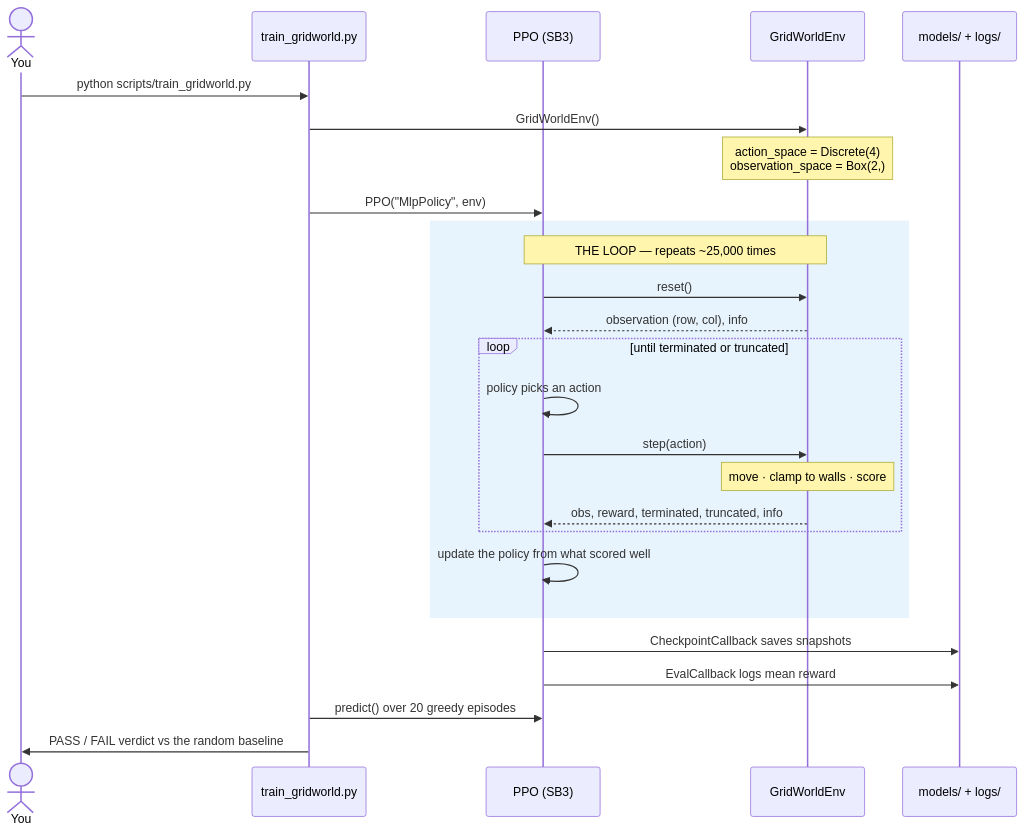
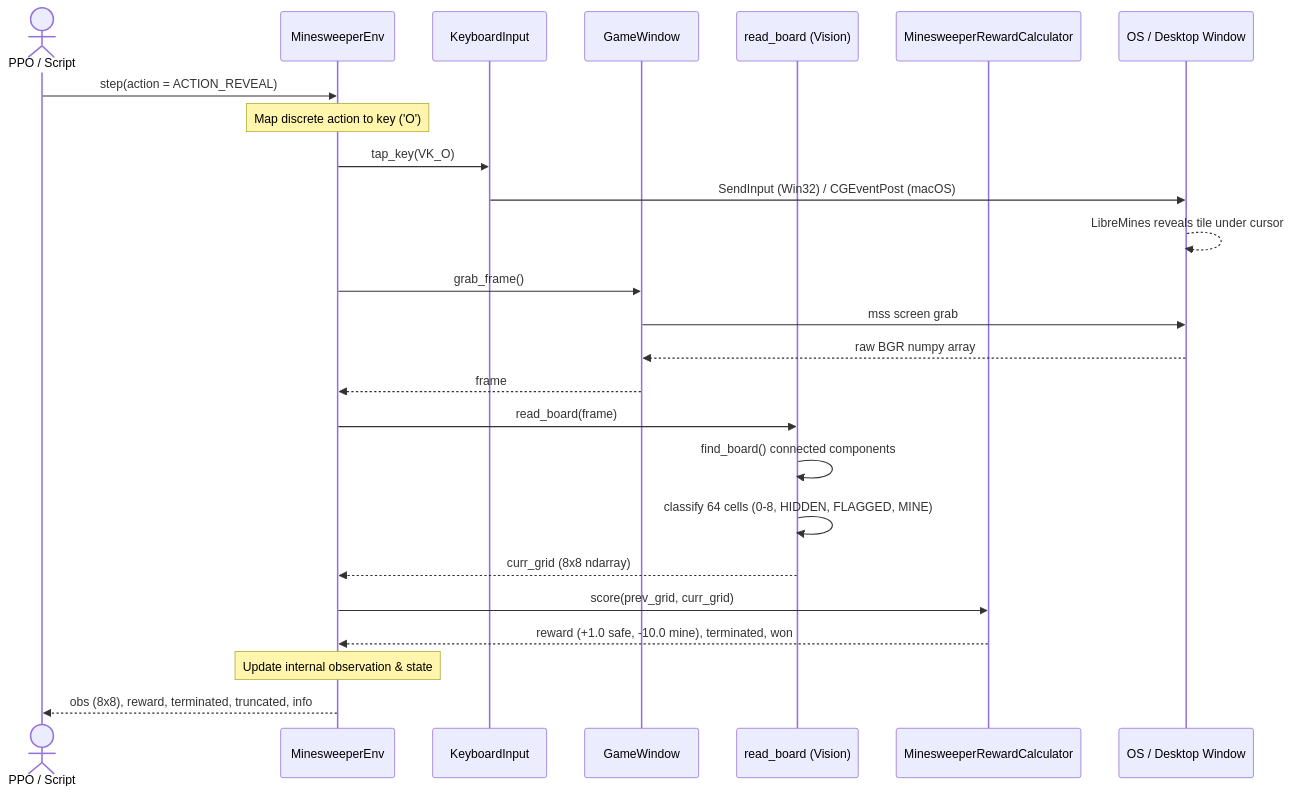
Before and after one commit to Showerss/GameTrainer: the fifth of 6 diagrams in docs/UML_FULL.md, drawn with Mermaid. The commit also changed other lines of this file and 6 other files, not shown here.

````diff
--- a/docs/UML_FULL.md
+++ b/docs/UML_FULL.md
@@ -360,31 +369,32 @@
 ```mermaid
 sequenceDiagram
-    actor You
-    participant Script as train_gridworld.py
-    participant PPO as PPO (SB3)
-    participant Env as GridWorldEnv
-    participant Disk as models/ + logs/
+    actor Agent as PPO / Script
+    participant Env as MinesweeperEnv
+    participant Hands as KeyboardInput
+    participant Win as GameWindow
+    participant CV as read_board (Vision)
+    participant Calc as MinesweeperRewardCalculator
+    participant OS as OS / Desktop Window
 
-    You->>Script: python scripts/train_gridworld.py
-    Script->>Env: GridWorldEnv()
-    Note over Env: action_space  = Discrete(4)<br/>observation_space = Box(2,)
-    Script->>PPO: PPO("MlpPolicy", env)
-
-    rect rgb(232, 244, 253)
-        Note over PPO,Env: THE LOOP — repeats ~25,000 times
-        PPO->>Env: reset()
-        Env-->>PPO: observation (row, col), info
-        loop until terminated or truncated
-            PPO->>PPO: policy picks an action
-            PPO->>Env: step(action)
-            Note over Env: move · clamp to walls · score
-            Env-->>PPO: obs, reward, terminated, truncated, info
-        end
-        PPO->>PPO: update the policy from what scored well
-    end
-
-    PPO->>Disk: CheckpointCallback saves snapshots
-    PPO->>Disk: EvalCallback logs mean reward
-    Script->>PPO: predict() over 20 greedy episodes
-    Script->>You: PASS / FAIL verdict vs the random baseline
+    Agent->>Env: step(action = ACTION_REVEAL)
+    Note over Env: Map discrete action to key ('O')
+    Env->>Hands: tap_key(VK_O)
+    Hands->>OS: SendInput (Win32) / CGEventPost (macOS)
+    OS-->>OS: LibreMines reveals tile under cursor
+    
+    Env->>Win: grab_frame()
+    Win->>OS: mss screen grab
+    OS-->>Win: raw BGR numpy array
+    Win-->>Env: frame
+    
+    Env->>CV: read_board(frame)
+    CV->>CV: find_board() connected components
+    CV->>CV: classify 64 cells (0-8, HIDDEN, FLAGGED, MINE)
+    CV-->>Env: curr_grid (8x8 ndarray)
+    
+    Env->>Calc: score(prev_grid, curr_grid)
+    Calc-->>Env: reward (+1.0 safe, -10.0 mine), terminated, won
+    
+    Note over Env: Update internal observation & state
+    Env-->>Agent: obs (8x8), reward, terminated, truncated, info
 ```
````
